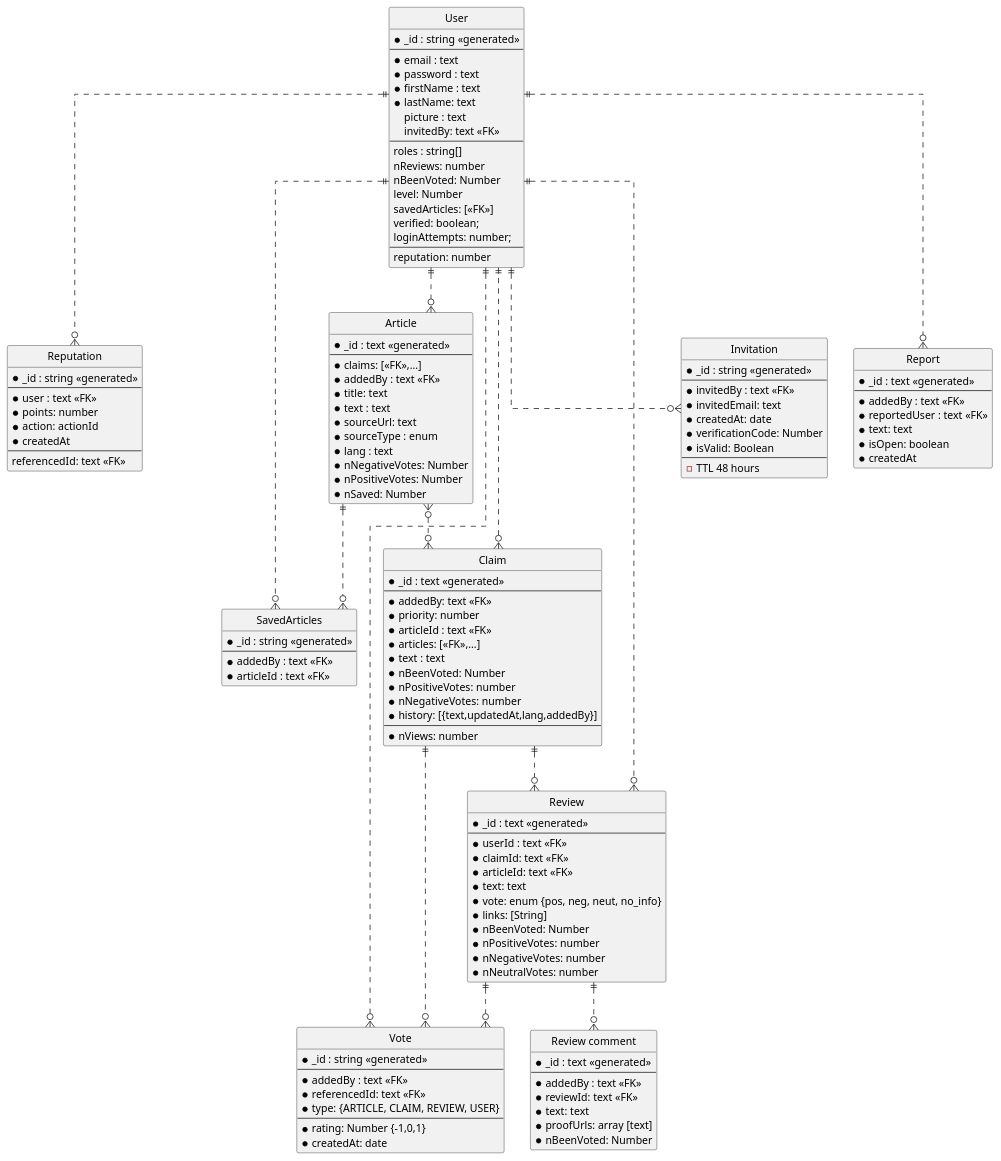
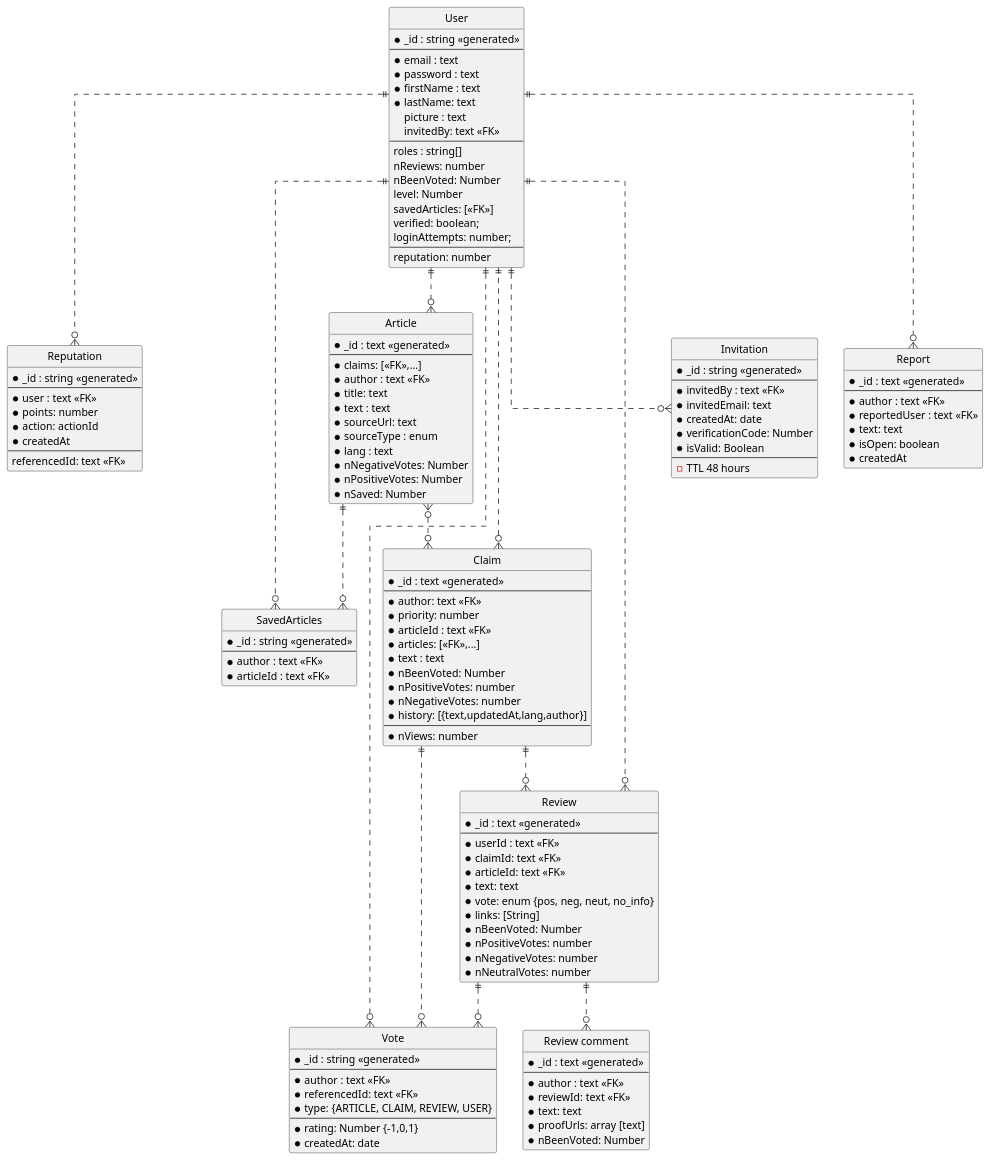
One commit to aic-factcheck/fact_check_api changed the diagram in uml_docs/entity_relations.puml. Above: the diagram before and after it, drawn with PlantUML. The commit also changed 25 other files, not shown here.

```diff
--- a/uml_docs/entity_relations.puml
+++ b/uml_docs/entity_relations.puml
@@ -1,153 +1,153 @@
 @startuml Entity relations
 ' hide the spot
 hide circle
 
 ' avoid problems with angled crows feet
 skinparam linetype ortho
 
 entity "User" as user {
   *_id : string <<generated>>
   --
   *email : text
   *password : text
   *firstName : text
   *lastName: text
   picture : text
   invitedBy: text <<FK>>
   --
   roles : string[]
   nReviews: number
   nBeenVoted: Number
   level: Number
   savedArticles: [<<FK>>]
   verified: boolean;
   loginAttempts: number;
   --
   reputation: number
 }
 
 entity "Reputation" as rep {
   *_id : string <<generated>>
   --
   *user : text <<FK>>
   *points: number
   *action: actionId
   *createdAt
   --
   referencedId: text <<FK>>
 }
 
 entity "SavedArticles" as saved {
   *_id : string <<generated>>
   --
-  *addedBy : text <<FK>>
+  *author : text <<FK>>
   *articleId : text <<FK>>
 }
 
 entity "Invitation" as inv {
   *_id : string <<generated>>
   --
   *invitedBy : text <<FK>>
   *invitedEmail: text
   *createdAt: date
   *verificationCode: Number
   *isValid: Boolean
   --
   - TTL 48 hours
 }
 
 entity "Vote" as vote {
   *_id : string <<generated>>
   --
-  *addedBy : text <<FK>>
+  *author : text <<FK>>
   *referencedId: text <<FK>>
   *type: {ARTICLE, CLAIM, REVIEW, USER}
   --
   ' *text: Text
   *rating: Number {-1,0,1}
   *createdAt: date
 }
 
 entity "Article" as article {
   *_id : text <<generated>>
   --
   *claims: [<<FK>>,...]
-  *addedBy : text <<FK>>
+  *author : text <<FK>>
   *title: text
   *text : text
   *sourceUrl: text
   *sourceType : enum
   *lang : text
   *nNegativeVotes: Number
   *nPositiveVotes: Number
   *nSaved: Number
 }
 
 entity "Claim" as claim {
   *_id : text <<generated>>
   --
-  *addedBy: text <<FK>>
+  *author: text <<FK>>
   *priority: number
   *articleId : text <<FK>>
   *articles: [<<FK>>,...]
   *text : text
   *nBeenVoted: Number
   *nPositiveVotes: number
   *nNegativeVotes: number
-  *history: [{text,updatedAt,lang,addedBy}]
+  *history: [{text,updatedAt,lang,author}]
   --
   *nViews: number
 }
 
 entity "Review" as review {
   *_id : text <<generated>>
   --
   *userId : text <<FK>>
   *claimId: text <<FK>>
   *articleId: text <<FK>>
   *text: text
   *vote: enum {pos, neg, neut, no_info}
   *links: [String]
   *nBeenVoted: Number
   *nPositiveVotes: number
   *nNegativeVotes: number
   *nNeutralVotes: number
 }
 
 entity "Review comment" as reviewComment {
   *_id : text <<generated>>
   --
-  *addedBy : text <<FK>>
+  *author : text <<FK>>
   *reviewId: text <<FK>>
   *text: text
   *proofUrls: array [text] 
   *nBeenVoted: Number
 }
 
 entity "Report" as report {
   *_id : text <<generated>>
   --
-  *addedBy : text <<FK>>
+  *author : text <<FK>>
   *reportedUser : text <<FK>>
   *text: text
   *isOpen: boolean
   *createdAt
 }
 
 user ||..o{ article
 user ||..o{ inv
 user ||..o{ saved
 user ||..o{ vote
 user ||..o{ rep
 user ||..o{ report
 article }o..o{ claim
 article ||..o{ saved
 ' article ||..o{ vote
 user ||..o{ review
 ' user ||..o{ vote
 claim ||..o{ review
 claim }o..|| user
 claim ||..o{ vote
 review ||..o{ reviewComment
 review ||..o{ vote
 @enduml
```
